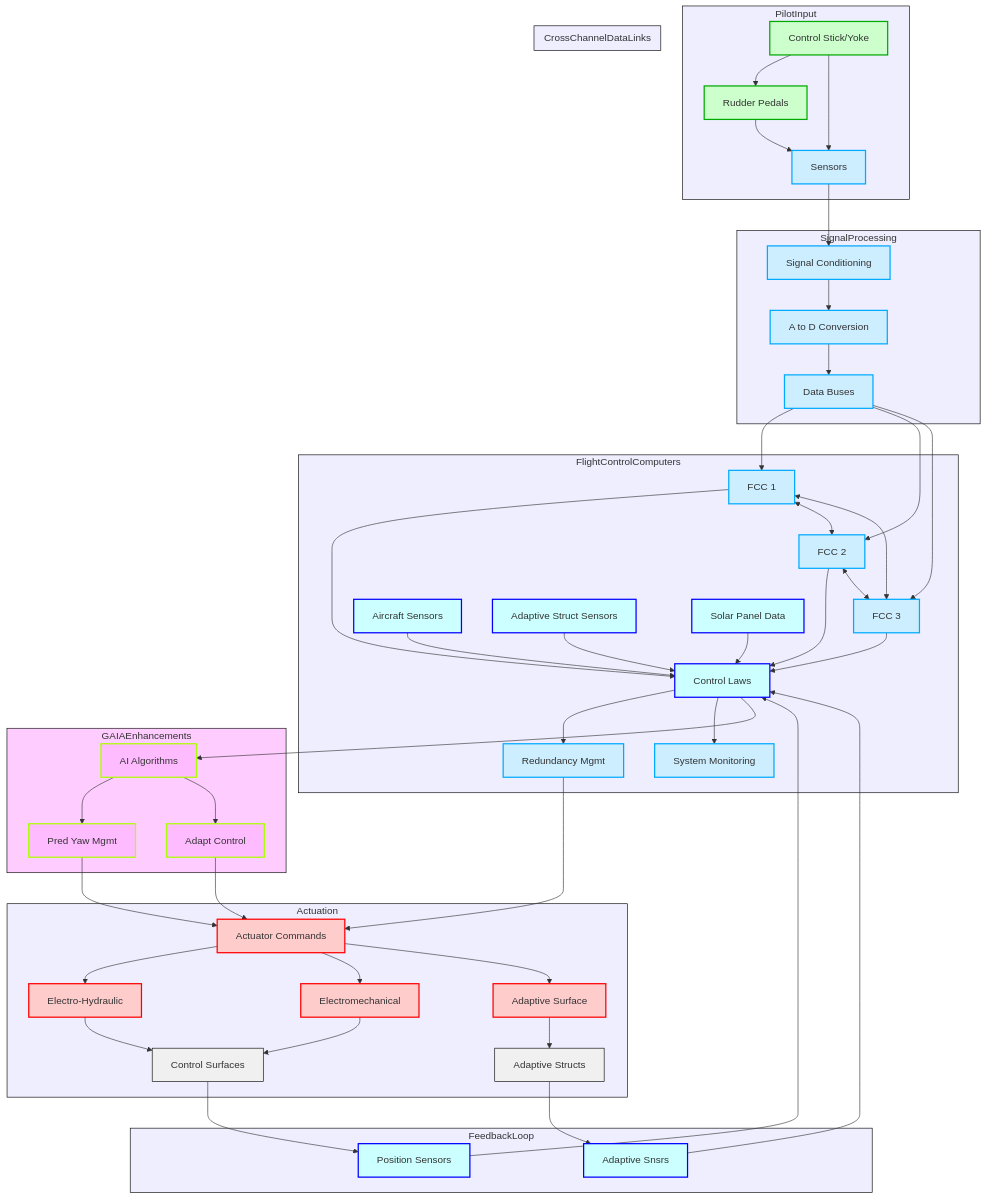
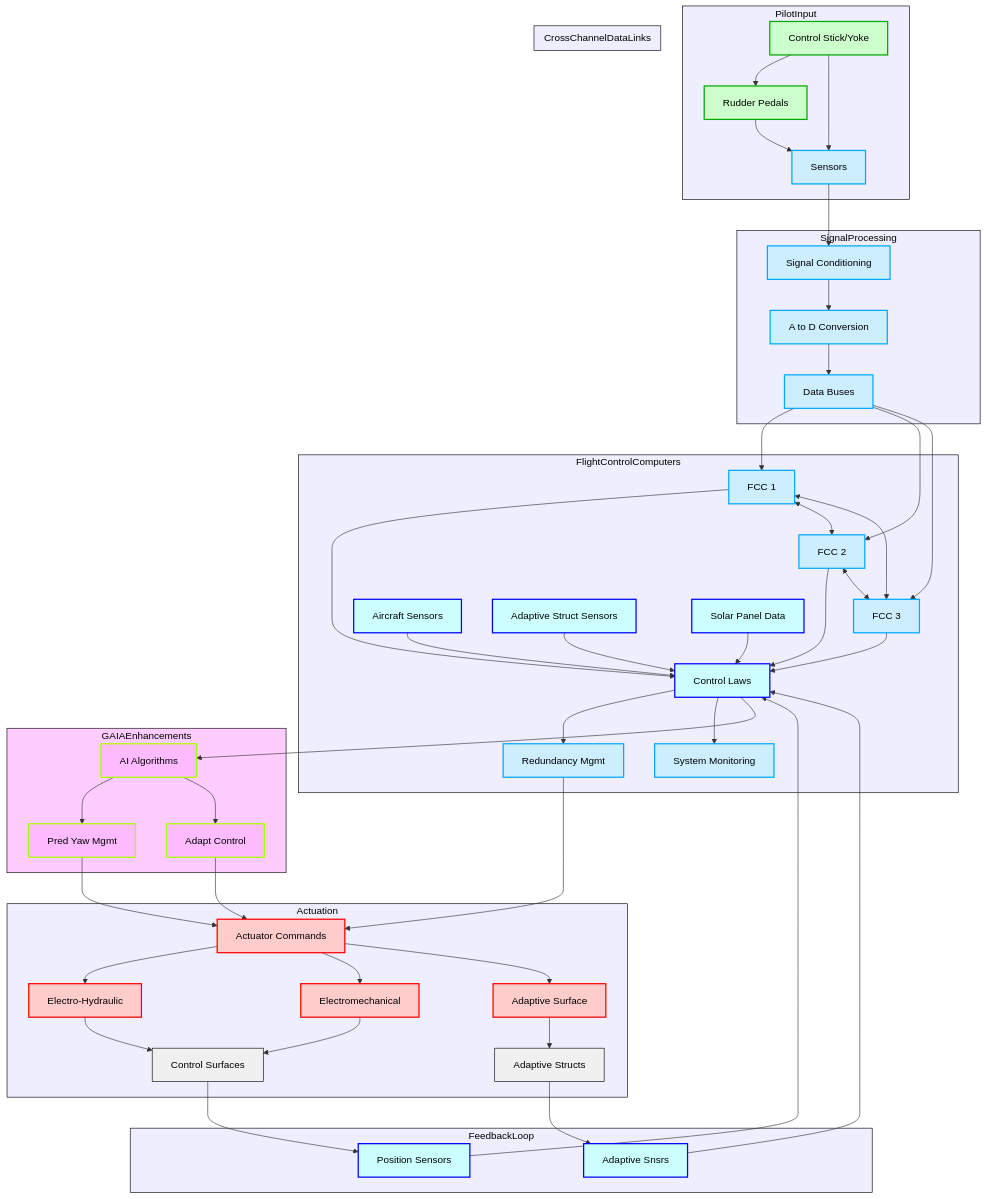
Before and after one commit to Robbbo-T/Ampel360XWLRGA: the eighth of 12 diagrams in FTC_27-00-00-00-000 – ATA_27-Flight-Controls.md, drawn with Mermaid. The commit also changed other lines of this file, not shown here.

Commit message:
Update FTC_27-00-00-00-000 – ATA_27-Flight-Controls.md

````diff
--- a/FTC_27-00-00-00-000 – ATA_27-Flight-Controls.md
+++ b/FTC_27-00-00-00-000 – ATA_27-Flight-Controls.md
@@ -2471,37 +2473,37 @@
     end
 
     %% Styles for better readability
-    style PilotInput fill:#eef,stroke:#000,stroke-width:1px
-    style SignalProcessing fill:#eef,stroke:#000,stroke-width:1px
-    style FlightControlComputers fill:#eef,stroke:#000,stroke-width:1px
-    style Actuation fill:#eef,stroke:#000,stroke-width:1px
-    style CrossChannelDataLinks fill:#eef,stroke:#000,stroke-width:1px
-    style FeedbackLoop fill:#eef,stroke:#000,stroke-width:1px
-    style GAIAEnhancements fill:#ffccff,stroke:#000,stroke-width:1px
-    style A fill:#ccffcc,stroke:#00aa00,stroke-width:2px
-    style B fill:#ccffcc,stroke:#00aa00,stroke-width:2px
-    style C fill:#cceeff,stroke:#00aaff,stroke-width:2px
-    style D fill:#cceeff,stroke:#00aaff,stroke-width:2px
-    style E fill:#cceeff,stroke:#00aaff,stroke-width:2px
-    style F fill:#cceeff,stroke:#00aaff,stroke-width:2px
-    style G fill:#cceeff,stroke:#00aaff,stroke-width:2px
-    style H fill:#cceeff,stroke:#00aaff,stroke-width:2px
-    style I fill:#cceeff,stroke:#00aaff,stroke-width:2px
-    style J fill:#ccffff,stroke:#0000ff,stroke-width:2px
-    style K fill:#ccffff,stroke:#0000ff,stroke-width:2px
-    style L fill:#ccffff,stroke:#0000ff,stroke-width:2px
-    style M fill:#ccffff,stroke:#0000ff,stroke-width:2px
-    style N fill:#cceeff,stroke:#00aaff,stroke-width:2px
-    style O fill:#cceeff,stroke:#00aaff,stroke-width:2px
-    style P fill:#ffcccc,stroke:#ff0000,stroke-width:2px
-    style Q fill:#ffcccc,stroke:#ff0000,stroke-width:2px
-    style R fill:#ffcccc,stroke:#ff0000,stroke-width:2px
-    style S fill:#f0f0f0,stroke:#000000,stroke-width:1px
-    style T fill:#ffcccc,stroke:#ff0000,stroke-width:2px
-    style U fill:#f0f0f0,stroke:#000000,stroke-width:1px
-    style V fill:#ccffff,stroke:#0000ff,stroke-width:2px
-    style W fill:#ccffff,stroke:#0000ff,stroke-width:2px
-    style X fill:#fbf,stroke:#aaff00,stroke-width:2px
-    style Y fill:#fbf,stroke:#aaff00,stroke-width:2px
-    style Z fill:#fbf,stroke:#aaff00,stroke-width:2px
+    style PilotInput fill:#eef,stroke:#000,stroke-width:1px,color:#000
+    style SignalProcessing fill:#eef,stroke:#000,stroke-width:1px,color:#000
+    style FlightControlComputers fill:#eef,stroke:#000,stroke-width:1px,color:#000
+    style Actuation fill:#eef,stroke:#000,stroke-width:1px,color:#000
+    style CrossChannelDataLinks fill:#eef,stroke:#000,stroke-width:1px,color:#000
+    style FeedbackLoop fill:#eef,stroke:#000,stroke-width:1px,color:#000
+    style GAIAEnhancements fill:#ffccff,stroke:#000,stroke-width:1px,color:#000
+    style A fill:#ccffcc,stroke:#00aa00,stroke-width:2px,color:#000
+    style B fill:#ccffcc,stroke:#00aa00,stroke-width:2px,color:#000
+    style C fill:#cceeff,stroke:#00aaff,stroke-width:2px,color:#000
+    style D fill:#cceeff,stroke:#00aaff,stroke-width:2px,color:#000
+    style E fill:#cceeff,stroke:#00aaff,stroke-width:2px,color:#000
+    style F fill:#cceeff,stroke:#00aaff,stroke-width:2px,color:#000
+    style G fill:#cceeff,stroke:#00aaff,stroke-width:2px,color:#000
+    style H fill:#cceeff,stroke:#00aaff,stroke-width:2px,color:#000
+    style I fill:#cceeff,stroke:#00aaff,stroke-width:2px,color:#000
+    style J fill:#ccffff,stroke:#0000ff,stroke-width:2px,color:#000
+    style K fill:#ccffff,stroke:#0000ff,stroke-width:2px,color:#000
+    style L fill:#ccffff,stroke:#0000ff,stroke-width:2px,color:#000
+    style M fill:#ccffff,stroke:#0000ff,stroke-width:2px,color:#000
+    style N fill:#cceeff,stroke:#00aaff,stroke-width:2px,color:#000
+    style O fill:#cceeff,stroke:#00aaff,stroke-width:2px,color:#000
+    style P fill:#ffcccc,stroke:#ff0000,stroke-width:2px,color:#000
+    style Q fill:#ffcccc,stroke:#ff0000,stroke-width:2px,color:#000
+    style R fill:#ffcccc,stroke:#ff0000,stroke-width:2px,color:#000
+    style S fill:#f0f0f0,stroke:#000000,stroke-width:1px,color:#000
+    style T fill:#ffcccc,stroke:#ff0000,stroke-width:2px,color:#000
+    style U fill:#f0f0f0,stroke:#000000,stroke-width:1px,color:#000
+    style V fill:#ccffff,stroke:#0000ff,stroke-width:2px,color:#000
+    style W fill:#ccffff,stroke:#0000ff,stroke-width:2px,color:#000
+    style X fill:#fbf,stroke:#aaff00,stroke-width:2px,color:#000
+    style Y fill:#fbf,stroke:#aaff00,stroke-width:2px,color:#000
+    style Z fill:#fbf,stroke:#aaff00,stroke-width:2px,color:#000
 ```
````
